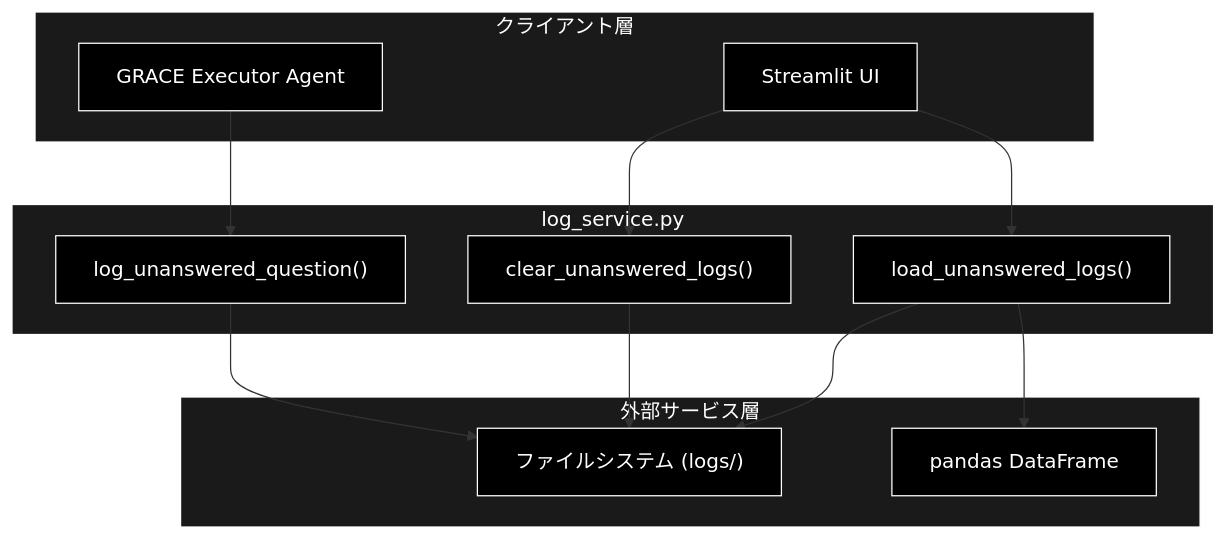
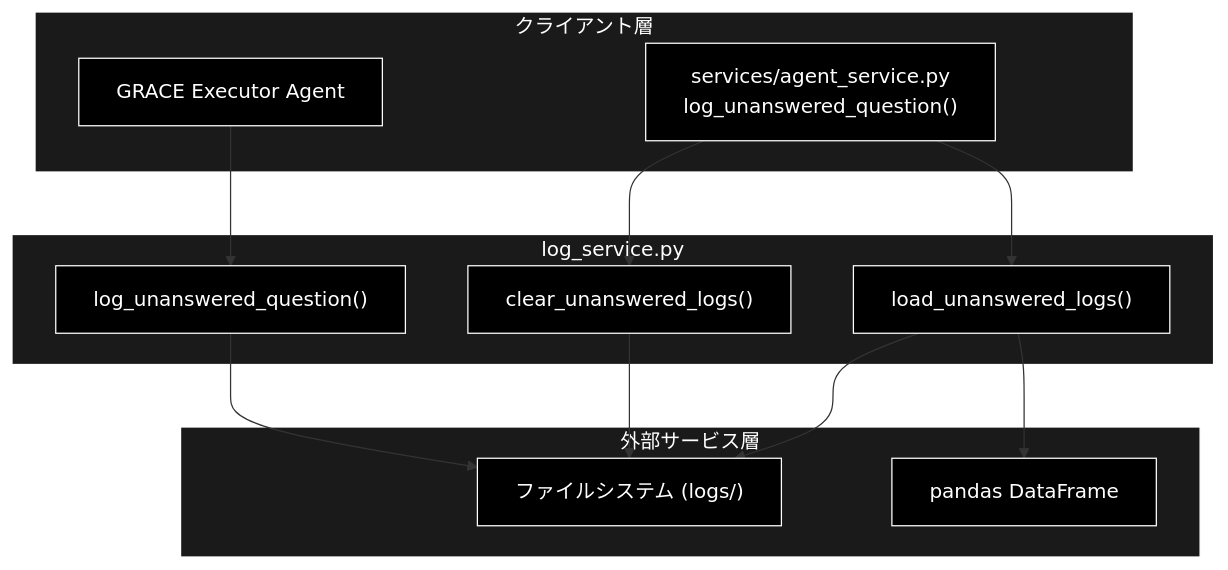
One commit to nakashima2toshio/grace_v2 changed the first of 3 diagrams in services/docs/log_service.md. Above: the diagram before and after it, drawn with Mermaid. The commit also changed other lines of this file and 12 other files, not shown here.

````diff
--- a/services/docs/log_service.md
+++ b/services/docs/log_service.md
@@ -61,32 +61,32 @@
 ```mermaid
 flowchart TB
     subgraph CLIENT["クライアント層"]
         AGENT["GRACE Executor Agent"]
-        UI["Streamlit UI"]
+        UI["services/agent_service.py<br>log_unanswered_question()"]
     end
 
     subgraph MODULE["log_service.py"]
         LOG["log_unanswered_question()"]
         LOAD["load_unanswered_logs()"]
         CLEAR["clear_unanswered_logs()"]
     end
 
     subgraph EXTERNAL["外部サービス層"]
         FS["ファイルシステム (logs/)"]
         PANDAS["pandas DataFrame"]
     end
 
     AGENT --> LOG
     UI --> LOAD
     UI --> CLEAR
     LOG --> FS
     CLEAR --> FS
     LOAD --> FS
     LOAD --> PANDAS
 classDef default fill:#000,stroke:#fff,color:#fff
 classDef subgraphStyle fill:#1a1a1a,stroke:#fff,color:#fff
 class AGENT,UI,LOG,LOAD,CLEAR,FS,PANDAS default
 style CLIENT fill:#1a1a1a,stroke:#fff,color:#fff
 style MODULE fill:#1a1a1a,stroke:#fff,color:#fff
 style EXTERNAL fill:#1a1a1a,stroke:#fff,color:#fff
 ```
````
